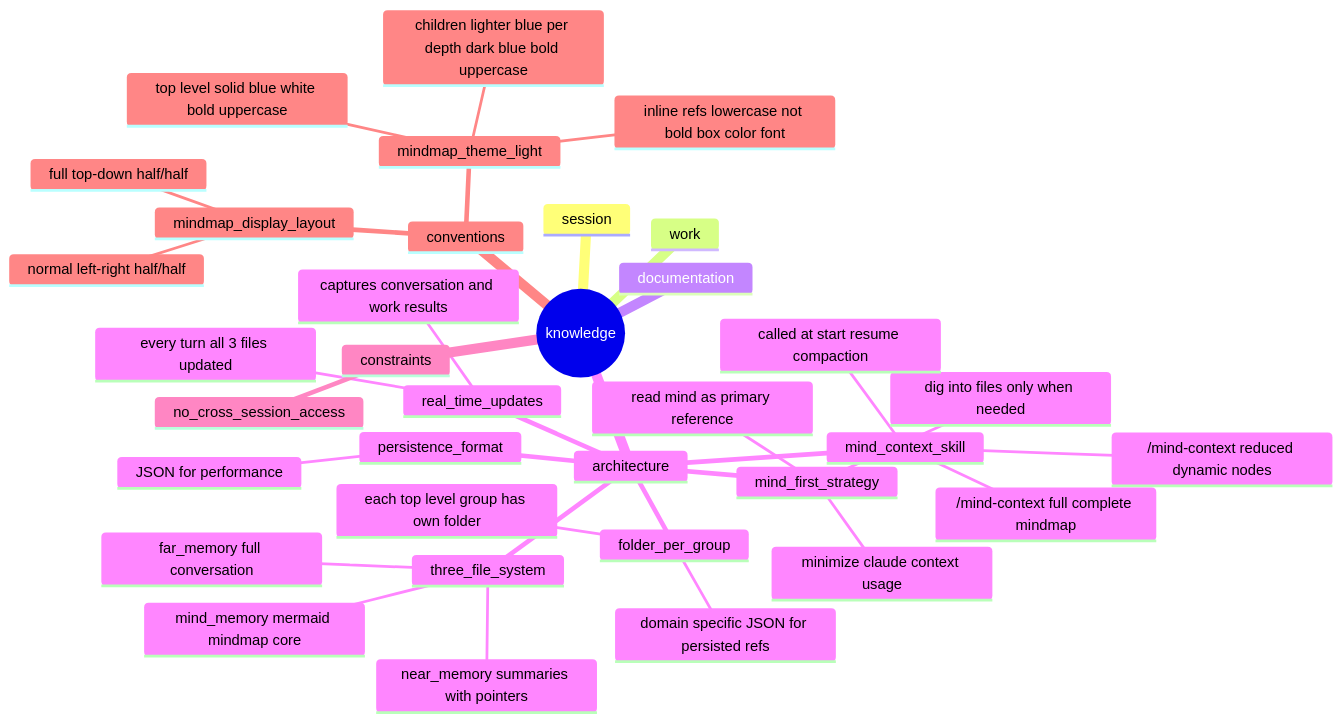
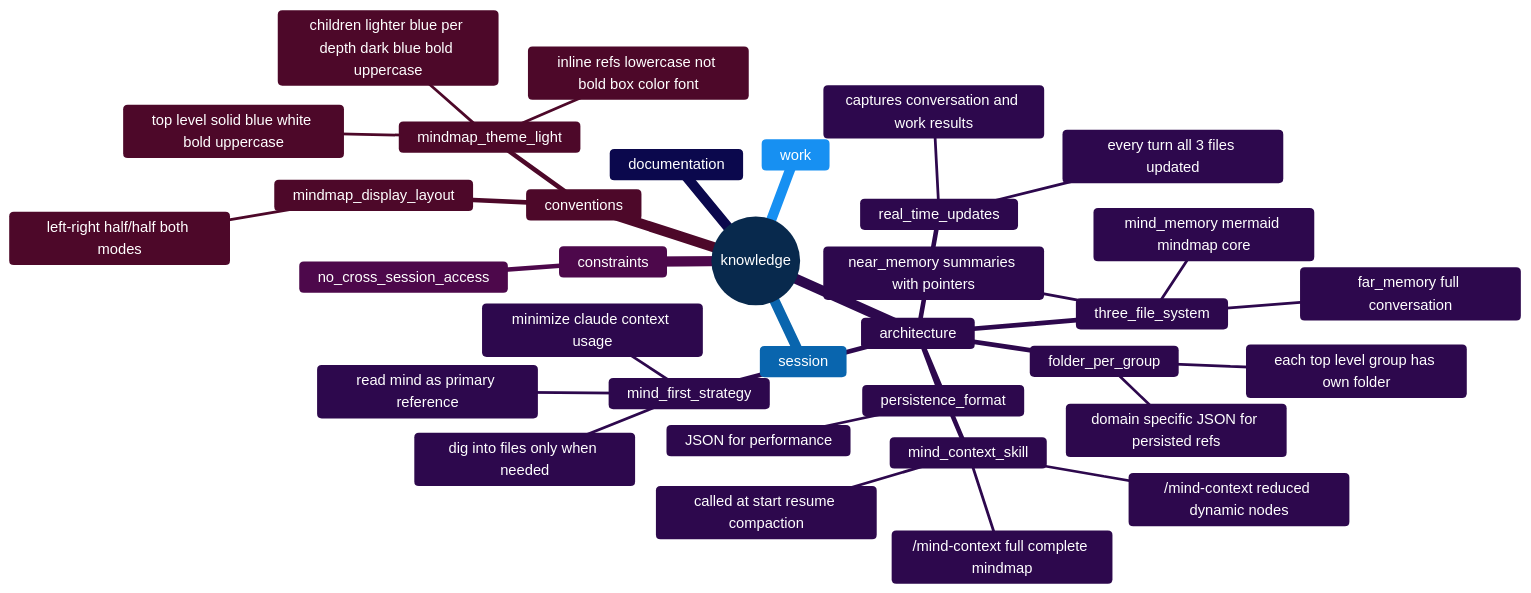
Before and after one commit to packetqc/K_DOCS: the diagram in mind/mind_memory.md, drawn with Mermaid. The commit also changed 4 other files, not shown here.

First line of the commit message:
fix: apply light blue theme + correct layout to left-right both modes

````diff
--- a/mind/mind_memory.md
+++ b/mind/mind_memory.md
@@ -1,38 +1,38 @@
 ```mermaid
+%%{init: {'theme': 'base', 'themeVariables': { 'primaryColor': '#1565C0', 'primaryTextColor': '#FFFFFF', 'primaryBorderColor': '#0D47A1', 'secondaryColor': '#42A5F5', 'secondaryTextColor': '#0D47A1', 'tertiaryColor': '#90CAF9', 'tertiaryTextColor': '#0D47A1', 'noteBkgColor': '#BBDEFB', 'noteTextColor': '#0D47A1' }}}%%
 mindmap
   root((knowledge))
     session
     work
     documentation
     architecture
       persistence_format
         JSON for performance
       three_file_system
         far_memory full conversation
         near_memory summaries with pointers
         mind_memory mermaid mindmap core
       mind_first_strategy
         read mind as primary reference
         dig into files only when needed
         minimize claude context usage
       real_time_updates
         every turn all 3 files updated
         captures conversation and work results
       folder_per_group
         each top level group has own folder
         domain specific JSON for persisted refs
       mind_context_skill
         /mind-context reduced dynamic nodes
         /mind-context full complete mindmap
         called at start resume compaction
     constraints
       no_cross_session_access
     conventions
       mindmap_display_layout
-        full top-down half/half
-        normal left-right half/half
+        left-right half/half both modes
       mindmap_theme_light
         top level solid blue white bold uppercase
         children lighter blue per depth dark blue bold uppercase
         inline refs lowercase not bold box color font
 ```
````
